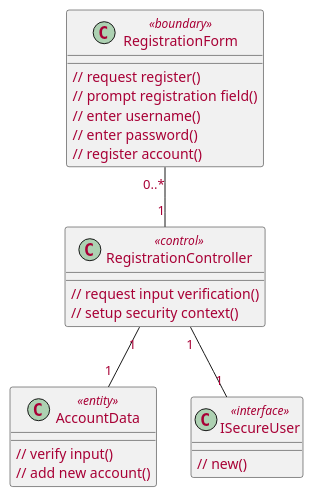
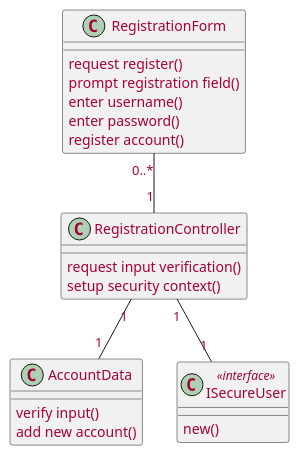
One commit to McSinyx/ipppi changed the fourth of 8 diagrams in source/solution/use-case-design.rst. Above: the diagram before and after it, drawn with PlantUML. The commit also changed other lines of this file, not shown here.

```diff
--- a/source/solution/use-case-design.rst
+++ b/source/solution/use-case-design.rst
@@ -114,29 +114,29 @@
 .. uml::
 
    skinparam defaultFontColor #a80036
 
-   class RegistrationForm <<boundary>> {
-      // request register()
-      // prompt registration field()
-      // enter username()
-      // enter password()
-      // register account()
+   class RegistrationForm {
+      request register()
+      prompt registration field()
+      enter username()
+      enter password()
+      register account()
    }
 
-   class RegistrationController <<control>> {
-      // request input verification()
-      // setup security context()
+   class RegistrationController {
+      request input verification()
+      setup security context()
    }
 
-   class AccountData <<entity>> {
-      // verify input()
-      // add new account()
+   class AccountData {
+      verify input()
+      add new account()
    }
    
    class ISecureUser <<interface>> {
-      // new()
+      new()
    }   
 
    RegistrationForm "0..*" -- "1" RegistrationController
    RegistrationController "1" -- "1" AccountData
    RegistrationController "1" -- "1" ISecureUser
```
